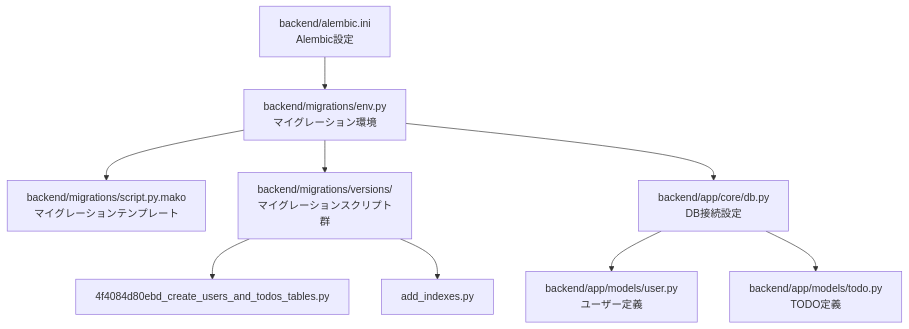
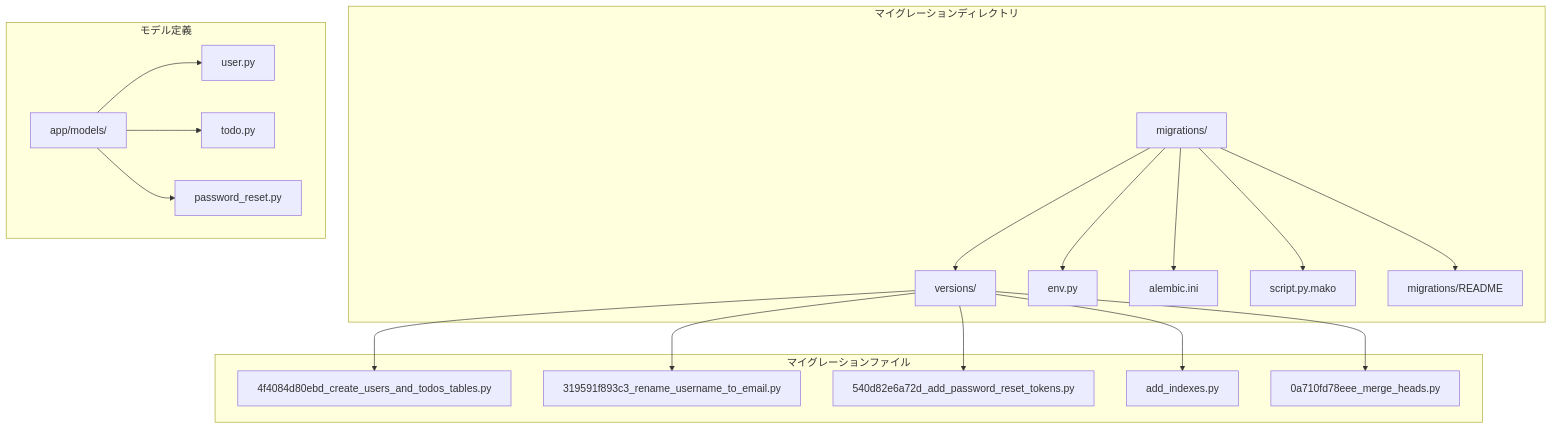
Before and after one commit to ss8806/Todos: the first of 8 diagrams in .qoder/repowiki/ja/content/データベース設計/データベースマイグレーション.md, drawn with Mermaid. The commit also changed other lines of this file and 106 other files, not shown here.

````diff
--- a/.qoder/repowiki/ja/content/データベース設計/データベースマイグレーション.md
+++ b/.qoder/repowiki/ja/content/データベース設計/データベースマイグレーション.md
@@ -42,11 +40,37 @@
 ```mermaid
 graph TB
-A["backend/alembic.ini<br/>Alembic設定"] --> B["backend/migrations/env.py<br/>マイグレーション環境"]
-B --> C["backend/migrations/script.py.mako<br/>マイグレーションテンプレート"]
-B --> D["backend/migrations/versions/<br/>マイグレーションスクリプト群"]
-D --> D1["4f4084d80ebd_create_users_and_todos_tables.py"]
-D --> D2["add_indexes.py"]
-B --> E["backend/app/core/db.py<br/>DB接続設定"]
-E --> F["backend/app/models/user.py<br/>ユーザー定義"]
-E --> G["backend/app/models/todo.py<br/>TODO定義"]
+subgraph "マイグレーションディレクトリ"
+MIG[migrations/]
+VERS[versions/]
+ENV[env.py]
+INI[alembic.ini]
+SCRIPT[script.py.mako]
+README[migrations/README]
+end
+subgraph "モデル定義"
+MODELS[app/models/]
+USER[user.py]
+TODO[todo.py]
+PRT[password_reset.py]
+end
+subgraph "マイグレーションファイル"
+F4[4f4084d80ebd_create_users_and_todos_tables.py]
+A3[319591f893c3_rename_username_to_email.py]
+P5[540d82e6a72d_add_password_reset_tokens.py]
+IDX[add_indexes.py]
+MH[0a710fd78eee_merge_heads.py]
+end
+MIG --> VERS
+MIG --> ENV
+MIG --> INI
+MIG --> SCRIPT
+MIG --> README
+MODELS --> USER
+MODELS --> TODO
+MODELS --> PRT
+VERS --> F4
+VERS --> A3
+VERS --> P5
+VERS --> IDX
+VERS --> MH
 ```
````
